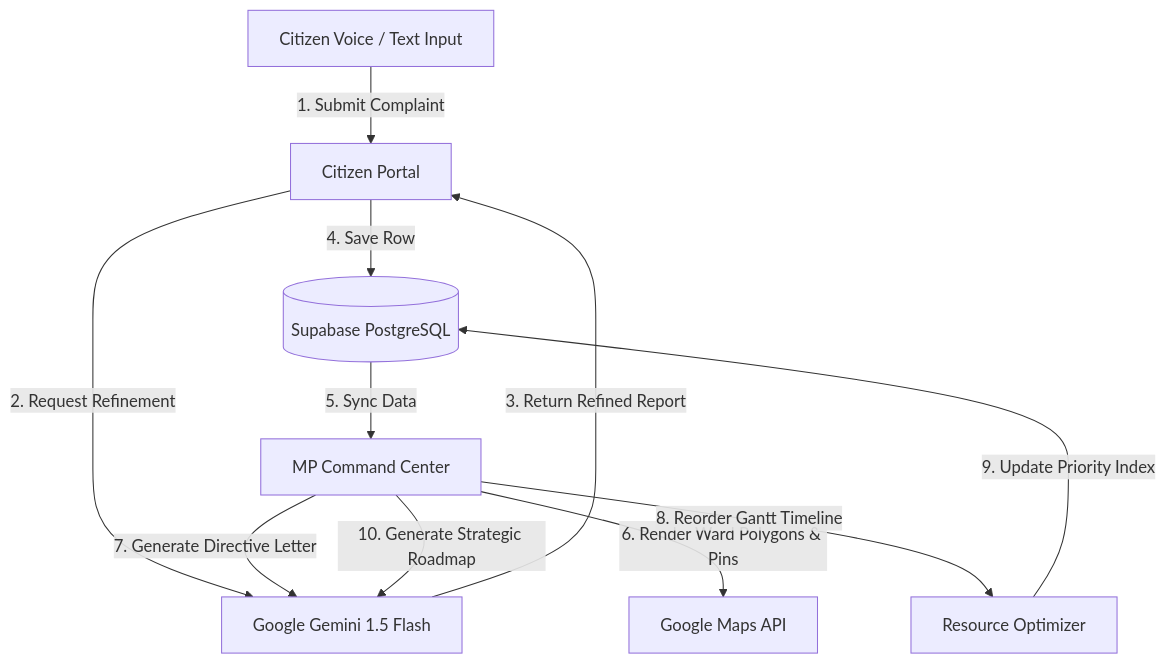
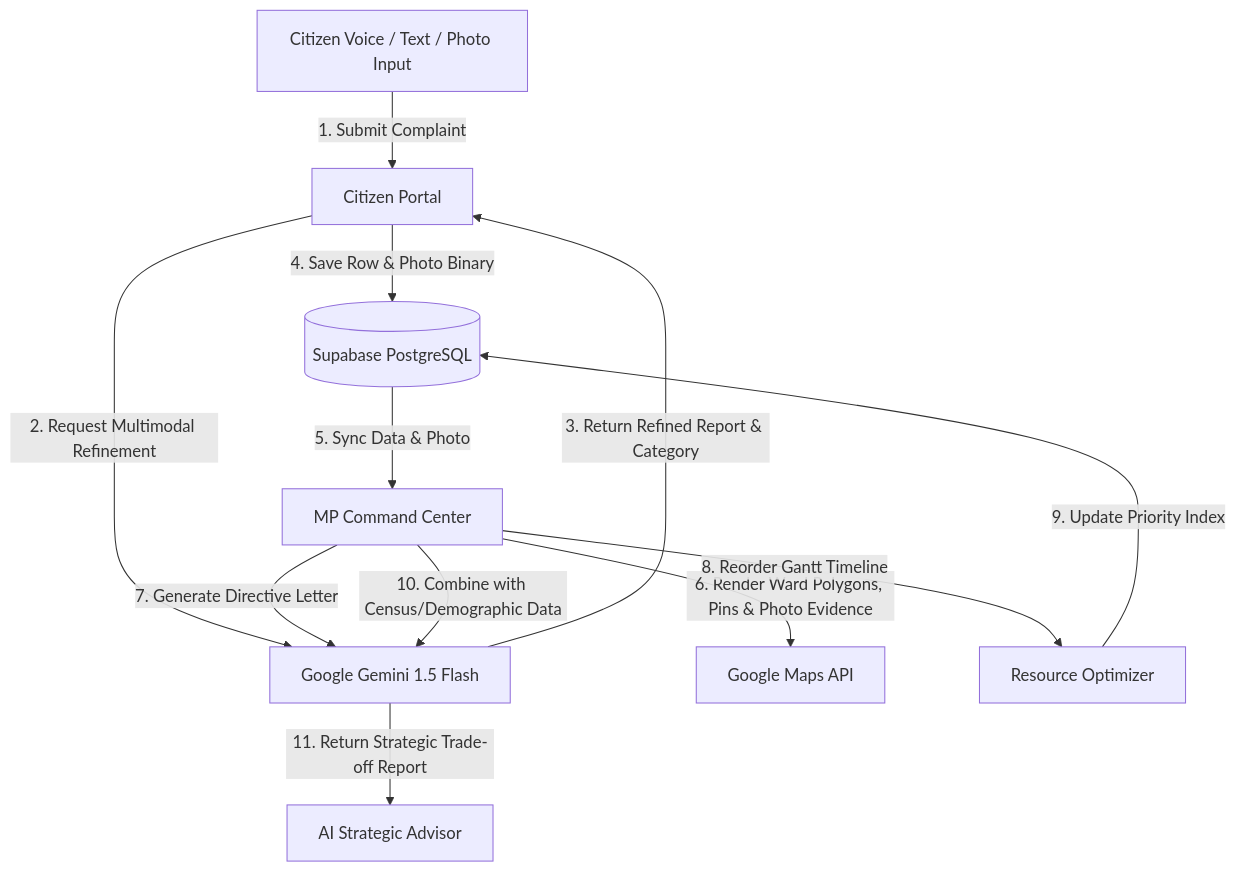
One commit to SahooShuvranshu/LokDrishti-AI changed the diagram in present.md. Above: the diagram before and after it, drawn with Mermaid. The commit also changed other lines of this file, not shown here.

Commit message:
docs: update present.md to detail multimodal image analysis and demographic trade-off solutions

````diff
--- a/present.md
+++ b/present.md
@@ -31,14 +31,15 @@
 ```mermaid
 graph TD
-    Citizen[Citizen Voice / Text Input] -->|1. Submit Complaint| Portal[Citizen Portal]
-    Portal -->|2. Request Refinement| Gemini[Google Gemini 1.5 Flash]
-    Gemini -->|3. Return Refined Report| Portal
-    Portal -->|4. Save Row| DB[(Supabase PostgreSQL)]
+    Citizen[Citizen Voice / Text / Photo Input] -->|1. Submit Complaint| Portal[Citizen Portal]
+    Portal -->|2. Request Multimodal Refinement| Gemini[Google Gemini 1.5 Flash]
+    Gemini -->|3. Return Refined Report & Category| Portal
+    Portal -->|4. Save Row & Photo Binary| DB[(Supabase PostgreSQL)]
     
-    DB -->|5. Sync Data| Admin[MP Command Center]
-    Admin -->|6. Render Ward Polygons & Pins| Maps[Google Maps API]
+    DB -->|5. Sync Data & Photo| Admin[MP Command Center]
+    Admin -->|6. Render Ward Polygons, Pins & Photo Evidence| Maps[Google Maps API]
     Admin -->|7. Generate Directive Letter| Gemini
     Admin -->|8. Reorder Gantt Timeline| Optimizer[Resource Optimizer]
     Optimizer -->|9. Update Priority Index| DB
-    Admin -->|10. Generate Strategic Roadmap| Gemini
+    Admin -->|10. Combine with Census/Demographic Data| Gemini
+    Gemini -->|11. Return Strategic Trade-off Report| Advisor[AI Strategic Advisor]
 ```
````
